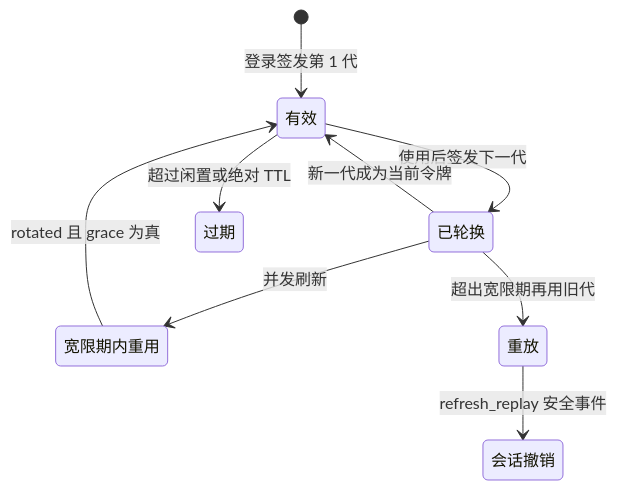
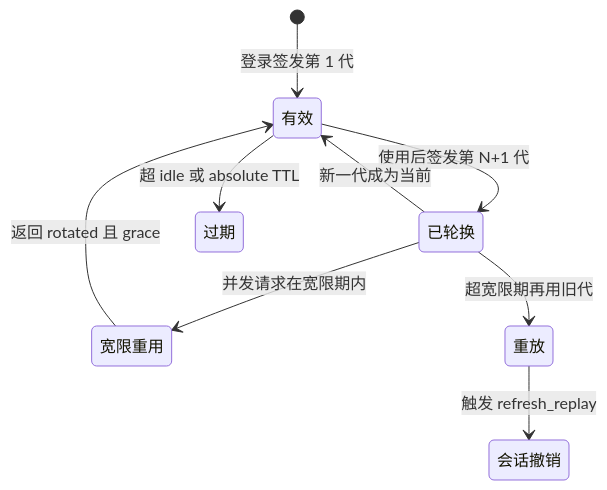
One commit to lfire/AFFiNE changed the second of 2 diagrams in learning-guide/slides/decks/28.md. Above: the diagram before and after it, drawn with Mermaid. The commit also changed other lines of this file and 46 other files, not shown here.

````diff
--- a/learning-guide/slides/decks/28.md
+++ b/learning-guide/slides/decks/28.md
@@ -171,11 +154,11 @@
 ```mermaid
 stateDiagram-v2
   [*] --> 有效: 登录签发第 1 代
-  有效 --> 已轮换: 使用后签发下一代
-  已轮换 --> 有效: 新一代成为当前令牌
-  已轮换 --> 宽限期内重用: 并发刷新
-  宽限期内重用 --> 有效: rotated 且 grace 为真
-  已轮换 --> 重放: 超出宽限期再用旧代
-  重放 --> 会话撤销: refresh_replay 安全事件
-  有效 --> 过期: 超过闲置或绝对 TTL
+  有效 --> 已轮换: 使用后签发第 N+1 代
+  已轮换 --> 有效: 新一代成为当前
+  已轮换 --> 宽限重用: 并发请求在宽限期内
+  宽限重用 --> 有效: 返回 rotated 且 grace
+  已轮换 --> 重放: 超宽限期再用旧代
+  重放 --> 会话撤销: 触发 refresh_replay
+  有效 --> 过期: 超 idle 或 absolute TTL
 ```
````
